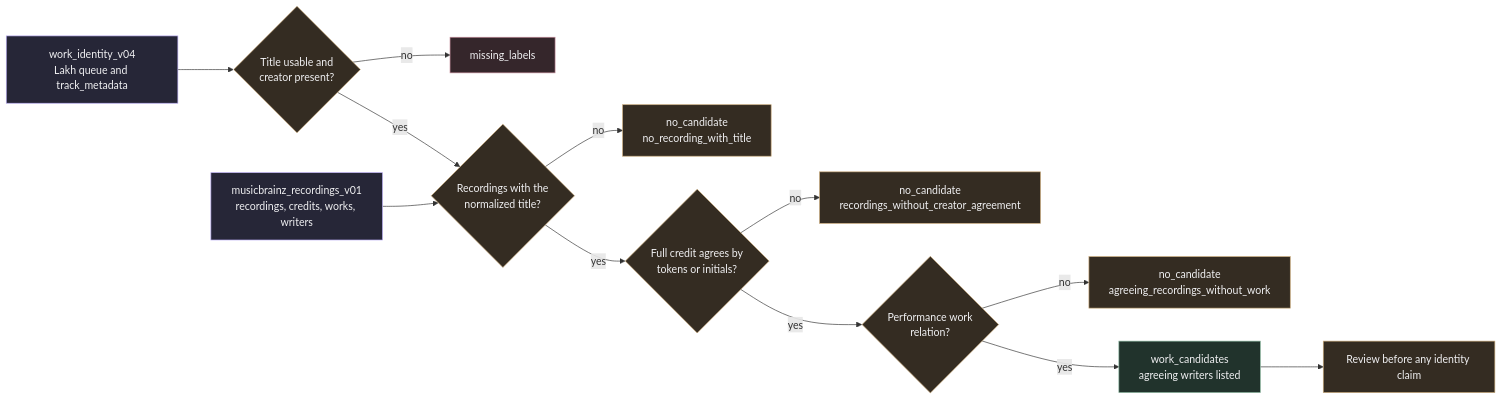
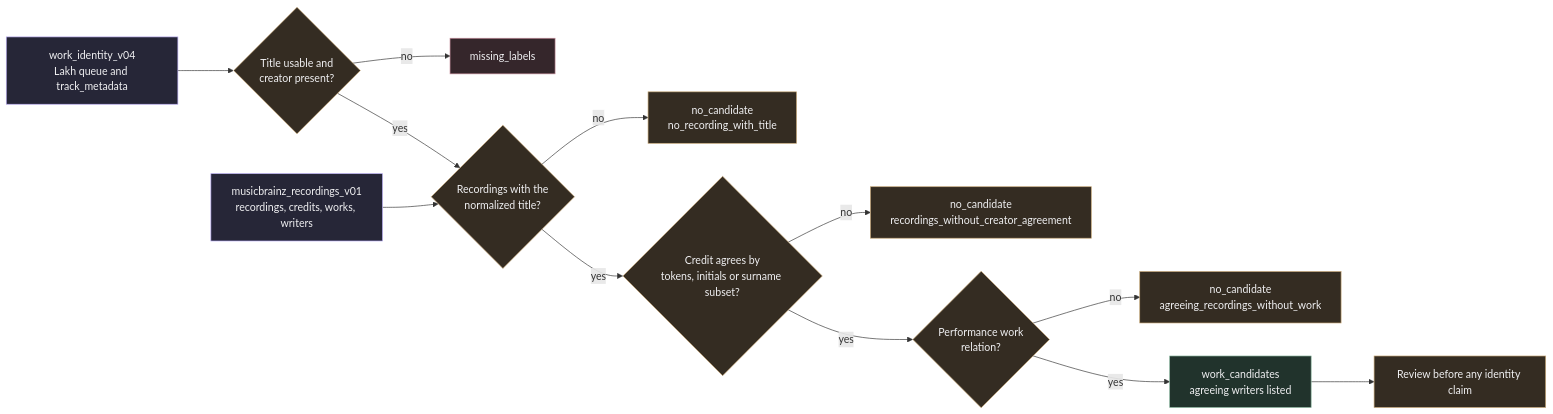
The diagram in docs/research/corpus/work_identity_offline_recordings.md (AlgoritmiNarvik/SaMuGeD-Algoritmi-DrDreSamplerAI-2024), drawn with Mermaid before and after one commit. The commit also changed other lines of this file and 26 other files, not shown here.

First line of the commit message:
feat(identity): match MAESTRO works by composer and catalogue number and Lakh surnames by credit subset (#60)

````diff
--- a/docs/research/corpus/work_identity_offline_recordings.md
+++ b/docs/research/corpus/work_identity_offline_recordings.md
@@ -7,20 +7,20 @@
 ```mermaid
 flowchart LR
  Q[work_identity_v04<br/>Lakh queue and track_metadata]:::data --> L{Title usable and<br/>creator present?}:::decision
  L -->|no| M[missing_labels]:::blocked
  L -->|yes| T{Recordings with the<br/>normalized title?}:::decision
  T -->|no| N1[no_candidate<br/>no_recording_with_title]:::review
- T -->|yes| C{Full credit agrees by<br/>tokens or initials?}:::decision
+ T -->|yes| C{"Credit agrees by<br/>tokens, initials or surname subset?"}:::decision
  C -->|no| N2[no_candidate<br/>recordings_without_creator_agreement]:::review
  C -->|yes| W{Performance work<br/>relation?}:::decision
  W -->|no| N3[no_candidate<br/>agreeing_recordings_without_work]:::review
  W -->|yes| K[work_candidates<br/>agreeing writers listed]:::allowed
  S[musicbrainz_recordings_v01<br/>recordings, credits, works, writers]:::data --> T
  K --> R[Review before any identity claim]:::review
  classDef data fill:#262637,stroke:#b9acf3,color:#f0f0f2
  classDef action fill:#202c31,stroke:#85a5af,color:#f0f0f2
  classDef decision fill:#342c22,stroke:#c8a878,color:#f0f0f2
  classDef review fill:#342c22,stroke:#c8a878,color:#f0f0f2
  classDef allowed fill:#21332c,stroke:#8bb79f,color:#f0f0f2
  classDef blocked fill:#35262b,stroke:#c48b99,color:#f0f0f2
 ```
````
